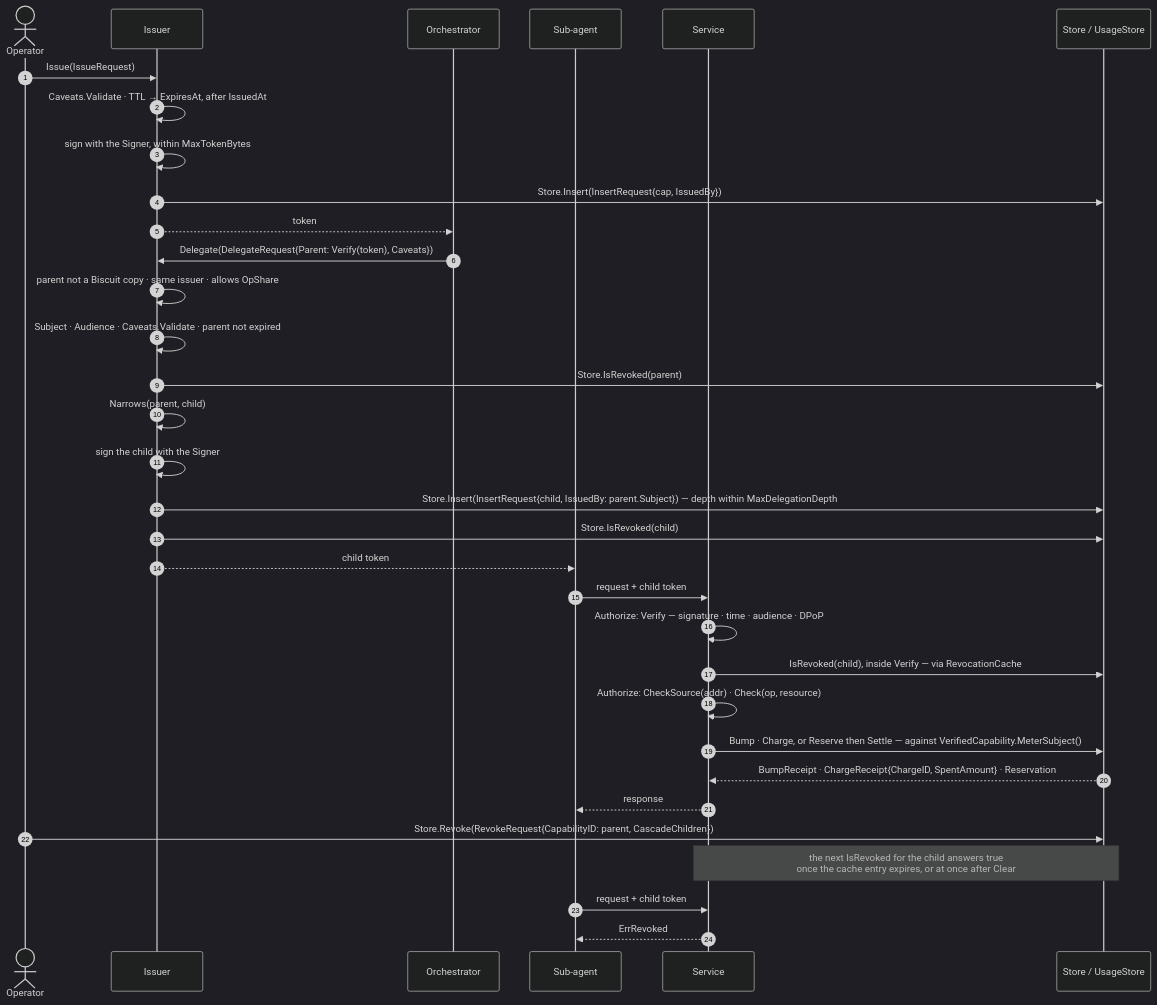
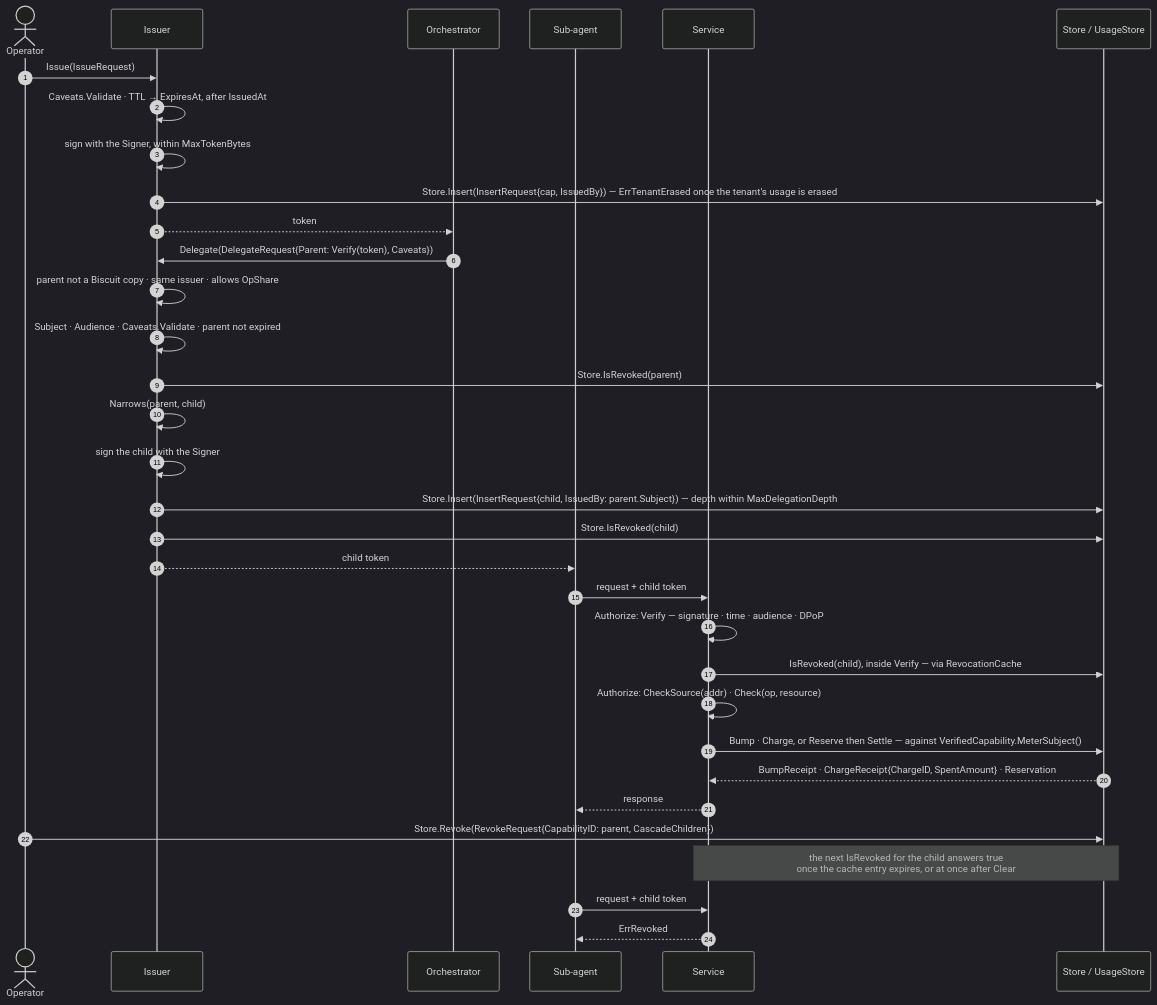
The second of 13 diagrams in docs/diagrams.md (oleg-tkachuk/limes), drawn with Mermaid (dark theme) before and after one commit. The commit also changed other lines of this file, not shown here.

Commit message:
docs(diagrams): show the copy quota, the erase mark and the charge transaction's rules

````diff
--- a/docs/diagrams.md
+++ b/docs/diagrams.md
@@ -161,39 +161,39 @@
 ```mermaid
 sequenceDiagram
     autonumber
     actor Op as Operator
     participant I as Issuer
     participant O as Orchestrator
     participant W as Sub-agent
     participant S as Service
     participant St as Store / UsageStore
 
     Op->>I: Issue(IssueRequest)
     I->>I: Caveats.Validate · TTL → ExpiresAt, after IssuedAt
     I->>I: sign with the Signer, within MaxTokenBytes
-    I->>St: Store.Insert(InsertRequest{cap, IssuedBy})
+    I->>St: Store.Insert(InsertRequest{cap, IssuedBy}) — ErrTenantErased once the tenant's usage is erased
     I-->>O: token
 
     O->>I: Delegate(DelegateRequest{Parent: Verify(token), Caveats})
     I->>I: parent not a Biscuit copy · same issuer · allows OpShare
     I->>I: Subject · Audience · Caveats.Validate · parent not expired
     I->>St: Store.IsRevoked(parent)
     I->>I: Narrows(parent, child)
     I->>I: sign the child with the Signer
     I->>St: Store.Insert(InsertRequest{child, IssuedBy: parent.Subject}) — depth within MaxDelegationDepth
     I->>St: Store.IsRevoked(child)
     I-->>W: child token
 
     W->>S: request + child token
     S->>S: Authorize: Verify — signature · time · audience · DPoP
     S->>St: IsRevoked(child), inside Verify — via RevocationCache
     S->>S: Authorize: CheckSource(addr) · Check(op, resource)
     S->>St: Bump · Charge, or Reserve then Settle — against VerifiedCapability.MeterSubject()
     St-->>S: BumpReceipt · ChargeReceipt{ChargeID, SpentAmount} · Reservation
     S-->>W: response
 
     Op->>St: Store.Revoke(RevokeRequest{CapabilityID: parent, CascadeChildren})
     Note over S,St: the next IsRevoked for the child answers true<br/>once the cache entry expires, or at once after Clear
     W->>S: request + child token
     S-->>W: ErrRevoked
 ```
````
